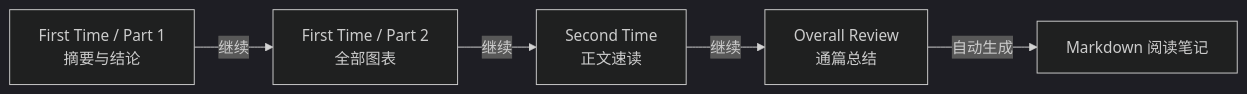
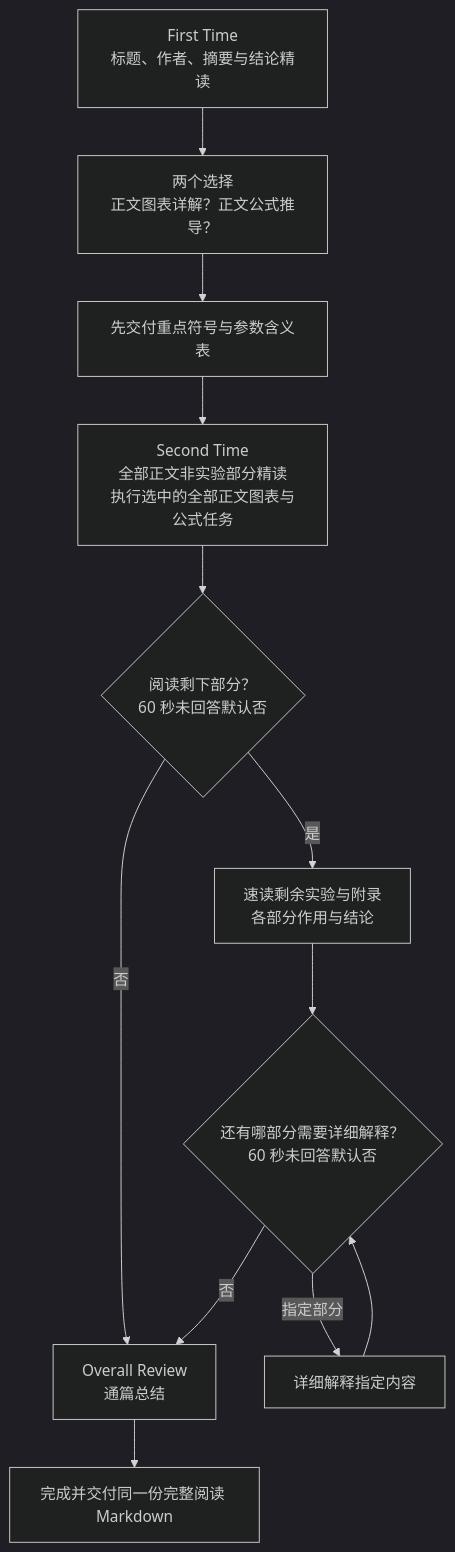
The diagram in skills/staged-paper-reading/SKILL.md (Noahxie83/staged-paper-reading), drawn with Mermaid (dark theme) before and after one commit. The commit also changed other lines of this file and 16 other files, not shown here.

````diff
--- a/skills/staged-paper-reading/SKILL.md
+++ b/skills/staged-paper-reading/SKILL.md
@@ -41,7 +66,14 @@
 ```mermaid
-flowchart LR
-    A["First Time / Part 1<br/>摘要与结论"] -->|继续| B["First Time / Part 2<br/>全部图表"]
-    B -->|继续| C["Second Time<br/>正文速读"]
-    C -->|继续| D["Overall Review<br/>通篇总结"]
-    D -->|自动生成| N["Markdown 阅读笔记"]
+flowchart TD
+    A["First Time<br/>标题、作者、摘要与结论精读"] --> Q["两个选择<br/>正文图表详解？正文公式推导？"]
+    Q --> S["先交付重点符号与参数含义表"]
+    S --> B["Second Time<br/>全部正文非实验部分精读<br/>执行选中的全部正文图表与公式任务"]
+    B --> R{"阅读剩下部分？<br/>60 秒未回答默认否"}
+    R -->|否| D["Overall Review<br/>通篇总结"]
+    R -->|是| C["速读剩余实验与附录<br/>各部分作用与结论"]
+    C --> E{"还有哪部分需要详细解释？<br/>60 秒未回答默认否"}
+    E -->|指定部分| F["详细解释指定内容"]
+    F --> E
+    E -->|否| D
+    D --> N["完成并交付同一份完整阅读 Markdown"]
 ```
````
